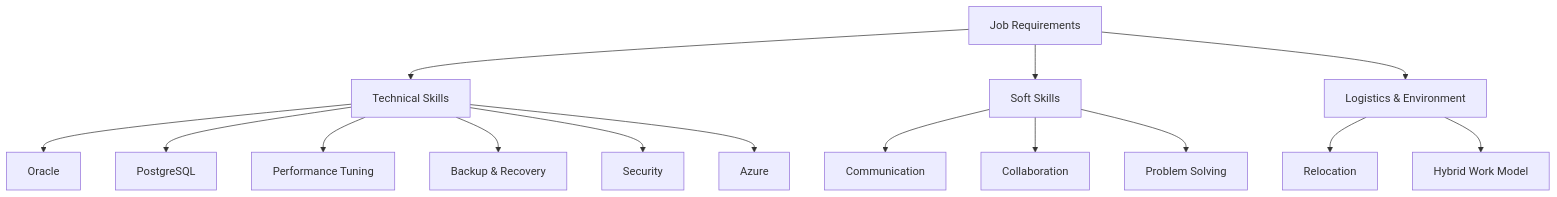
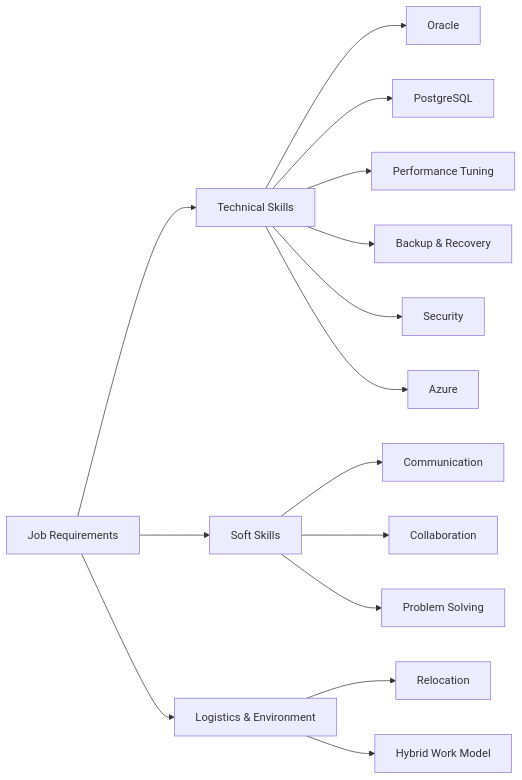
The diagram in docs/2_analyze_job_requirements.md (LixiaEchoTang/DBA-Interview-Preparation), drawn with Mermaid before and after one commit.

Commit message:
flowchat TD changed to LR

````diff
--- a/docs/2_analyze_job_requirements.md
+++ b/docs/2_analyze_job_requirements.md
@@ -69,21 +69,21 @@
 ```mermaid
-flowchart TD
+flowchart LR
     A[Job Requirements]
     B[Technical Skills]
     C[Soft Skills]
     D[Logistics & Environment]
     A --> B
     A --> C
     A --> D
     B --> E[Oracle]
     B --> F[PostgreSQL]
     B --> G[Performance Tuning]
     B --> H[Backup & Recovery]
     B --> I[Security]
     B --> J[Azure]
     C --> K[Communication]
     C --> L[Collaboration]
     C --> M[Problem Solving]
     D --> N[Relocation]
     D --> O[Hybrid Work Model]
 ```
````
